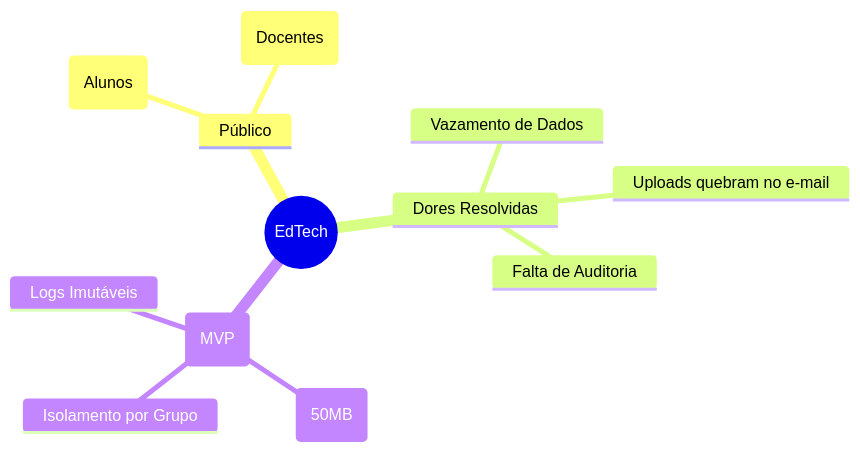
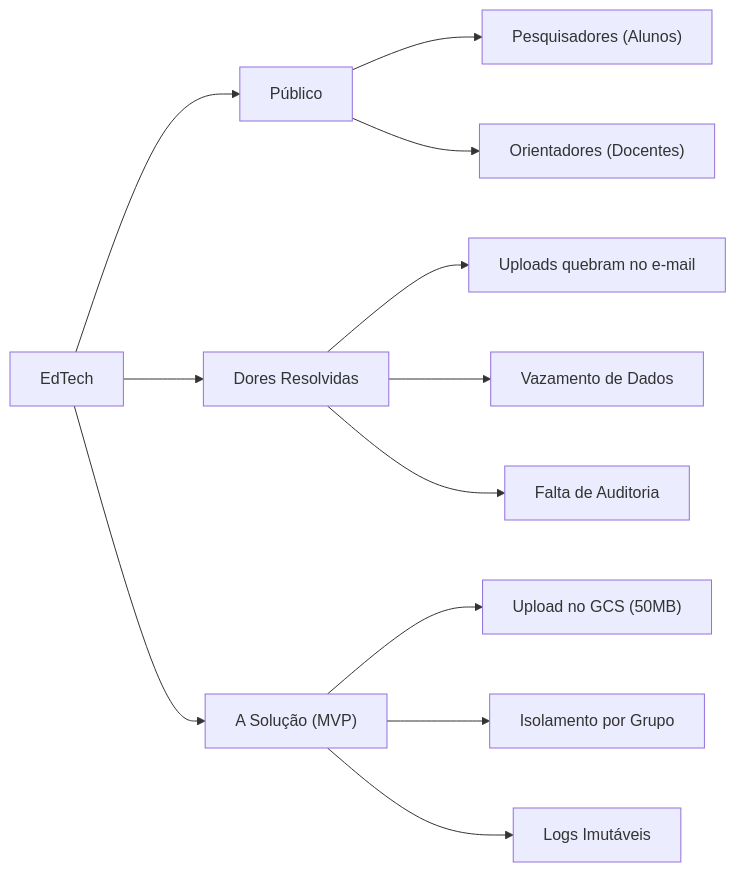
The diagram in docs/produto/strategy/visao.md (pedrohpsantos/EdTech), drawn with Mermaid before and after one commit. The commit also changed 11 other files, not shown here.

Commit message:
refactor: update project documentation with standardized Mermaid diagrams and improved CSS styling

````diff
--- a/docs/produto/strategy/visao.md
+++ b/docs/produto/strategy/visao.md
@@ -5,15 +5,19 @@
 ```mermaid
-mindmap
-  root((EdTech))
-    Público
-      Pesquisadores (Alunos)
-      Orientadores (Docentes)
-    Dores Resolvidas
-      Uploads quebram no e-mail
-      Vazamento de Dados
-      Falta de Auditoria
-    A Solução (MVP)
-      Upload no GCS (50MB)
-      Isolamento por Grupo
-      Logs Imutáveis
+flowchart LR
+    %%{init: {"flowchart": {"nodeSpacing": 60, "rankSpacing": 80}}}%%
+    Root["EdTech"]
+    
+    Root --> Pub["Público"]
+    Pub --> P1["Pesquisadores (Alunos)"]
+    Pub --> P2["Orientadores (Docentes)"]
+    
+    Root --> Dores["Dores Resolvidas"]
+    Dores --> D1["Uploads quebram no e-mail"]
+    Dores --> D2["Vazamento de Dados"]
+    Dores --> D3["Falta de Auditoria"]
+    
+    Root --> Sol["A Solução (MVP)"]
+    Sol --> S1["Upload no GCS (50MB)"]
+    Sol --> S2["Isolamento por Grupo"]
+    Sol --> S3["Logs Imutáveis"]
 ```
````
